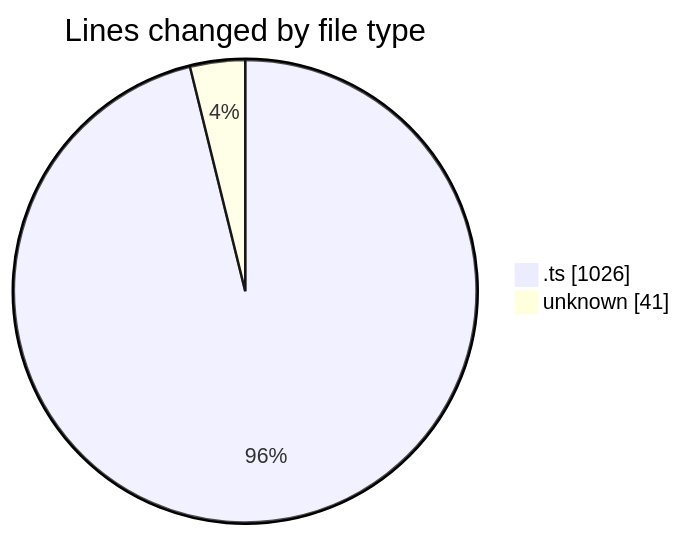
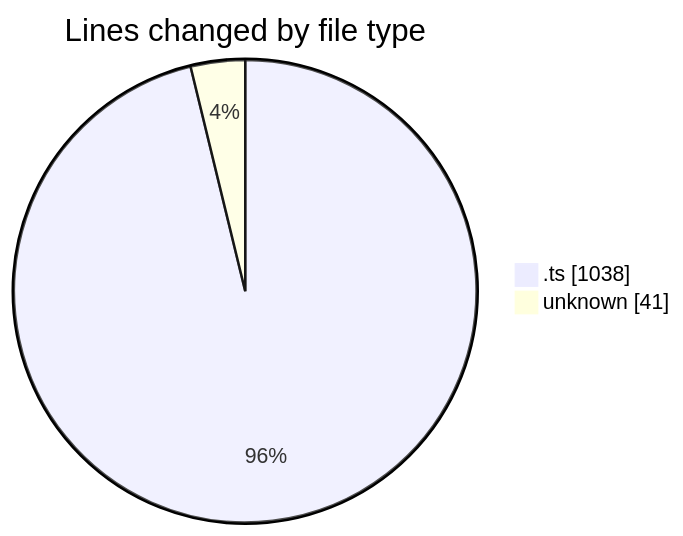
The first of 2 diagrams in 2025-08-11/cda/README.md (momahboobian/code-tracking), drawn with Mermaid before and after one commit. The commit also changed other lines of this file and 1 other file, not shown here.

````diff
--- a/2025-08-11/cda/README.md
+++ b/2025-08-11/cda/README.md
@@ -23,6 +23,6 @@
 ```mermaid
 pie showData
 title Lines changed by file type
-".ts" : 1026
+".ts" : 1038
 "unknown" : 41
 ```
````
